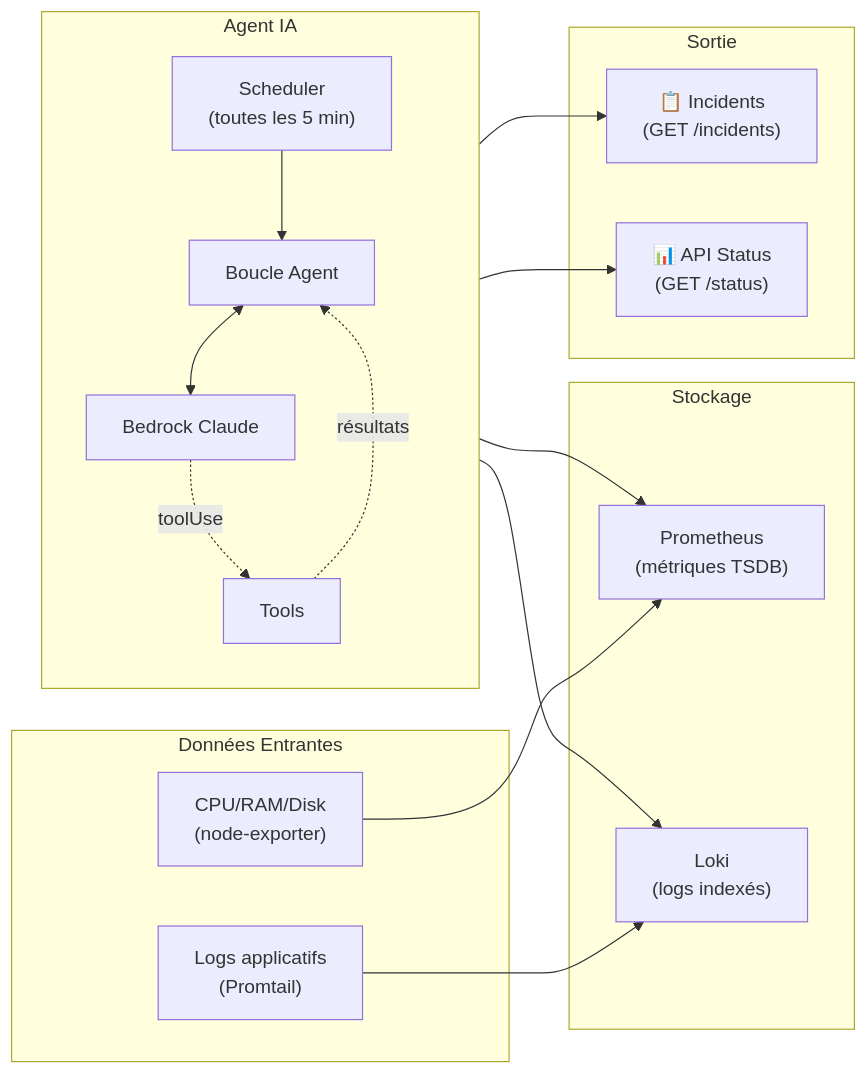
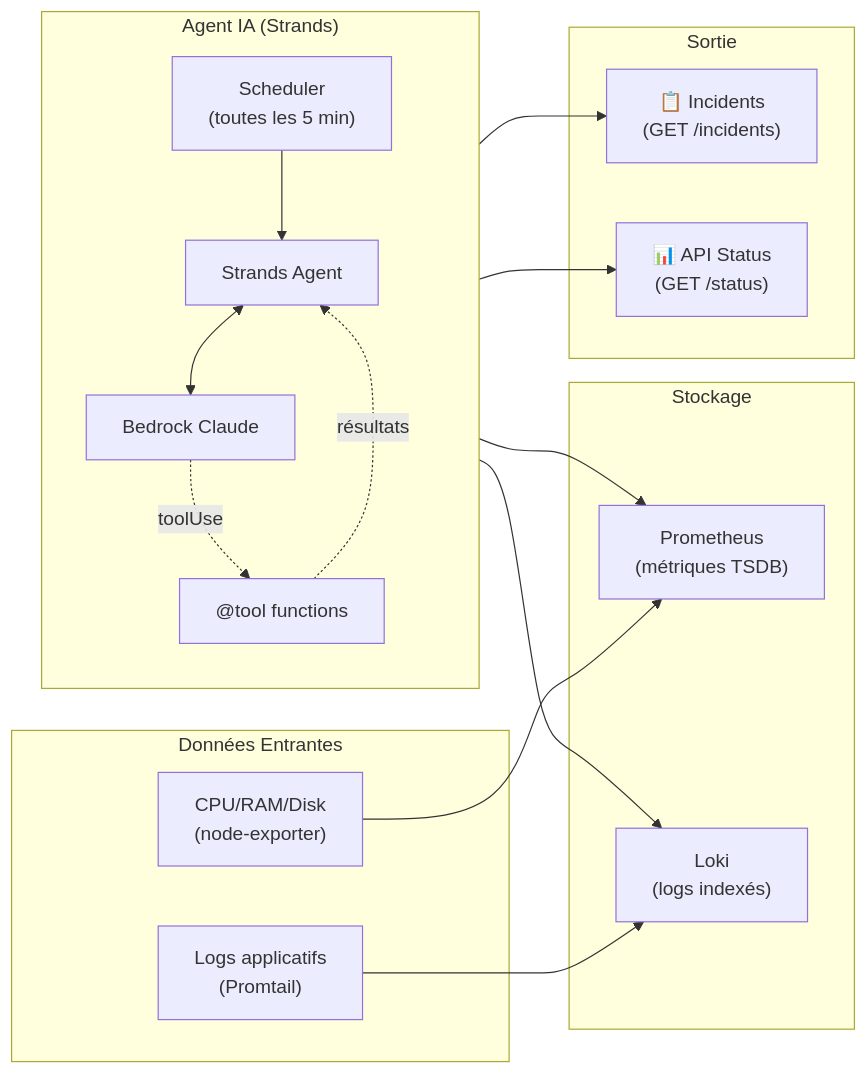
One commit to RIKIEL-K/monitoring-ia changed the sixth of 6 diagrams in README.md. Above: the diagram before and after it, drawn with Mermaid. The commit also changed other lines of this file, not shown here.

First line of the commit message:
Revise README for agent architecture and tools

````diff
--- a/README.md
+++ b/README.md
@@ -199,36 +221,36 @@
 ```mermaid
 flowchart LR
     subgraph data_in["Données Entrantes"]
         D1["CPU/RAM/Disk\n(node-exporter)"]
         D2["Logs applicatifs\n(Promtail)"]
     end
     
     subgraph storage["Stockage"]
         S1["Prometheus\n(métriques TSDB)"]
         S2["Loki\n(logs indexés)"]
     end
     
-    subgraph agent["Agent IA"]
+    subgraph agent["Agent IA (Strands)"]
         direction TB
         A1["Scheduler\n(toutes les 5 min)"]
-        A2["Boucle Agent"]
-        A3["Tools"]
+        A2["Strands Agent"]
+        A3["@tool functions"]
         A4["Bedrock Claude"]
         A1 --> A2
         A2 <--> A4
         A4 -.->|"toolUse"| A3
         A3 -.->|"résultats"| A2
     end
     
     subgraph output["Sortie"]
         O1["📋 Incidents\n(GET /incidents)"]
         O2["📊 API Status\n(GET /status)"]
     end
     
     D1 --> S1
     D2 --> S2
     A3 --> S1
     A3 --> S2
     A2 --> O1
     agent --> O2
 ```
````
